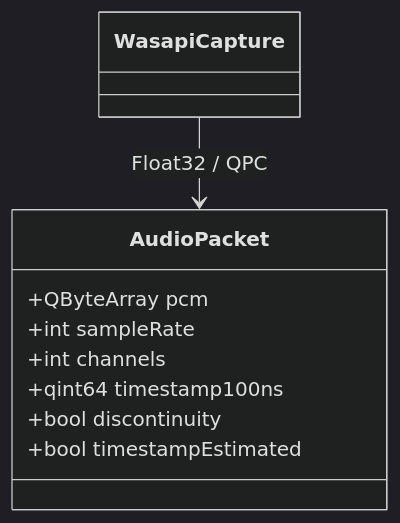
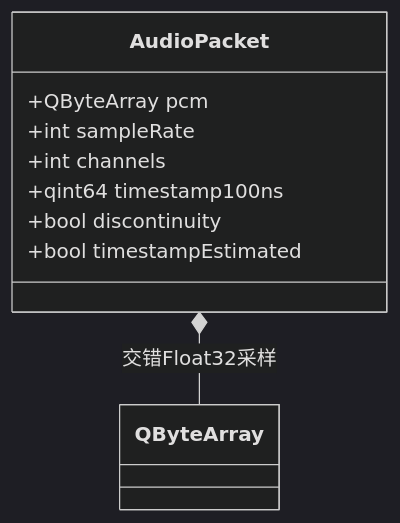
Before and after one commit to kingsman-svg/OBS: the diagram in docs/uml/AudioPacket.mmd, drawn with Mermaid (dark theme). The commit also changed 59 other files, not shown here.

```diff
--- a/docs/uml/AudioPacket.mmd
+++ b/docs/uml/AudioPacket.mmd
@@ -1,10 +1,11 @@
 classDiagram
+%% 保留设备采样率与声道；不连续及估计时间标志
 class AudioPacket {
   +QByteArray pcm
   +int sampleRate
   +int channels
   +qint64 timestamp100ns
   +bool discontinuity
   +bool timestampEstimated
 }
-WasapiCapture --> AudioPacket : Float32 / QPC
+AudioPacket *-- QByteArray : 交错Float32采样
```
